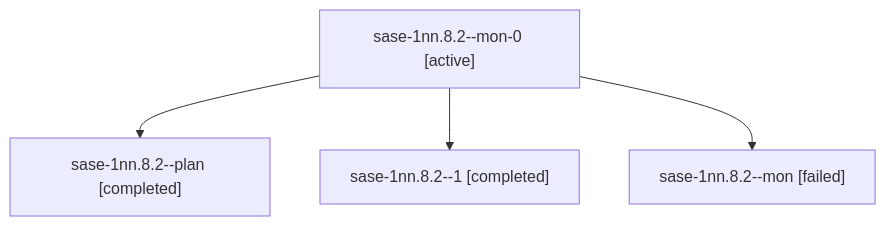
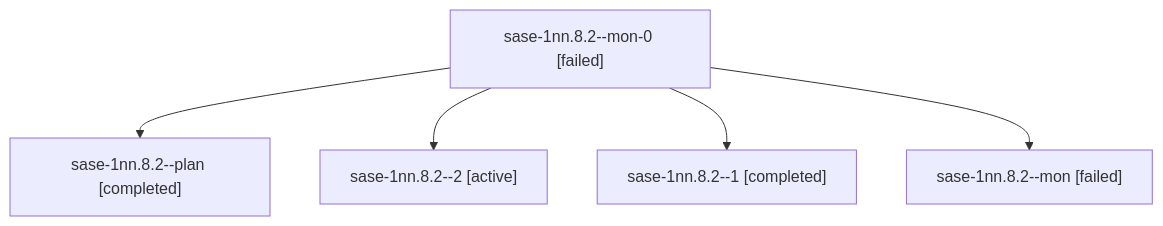
Before and after one commit to sase-org/sase--agents: the diagram in sessions/bbugyi200.athena.sase-1nn.8.2.md, drawn with Mermaid. The commit also changed other lines of this file and 66 other files, not shown here.

````diff
--- a/sessions/bbugyi200.athena.sase-1nn.8.2.md
+++ b/sessions/bbugyi200.athena.sase-1nn.8.2.md
@@ -9,10 +9,12 @@
 ```mermaid
 flowchart TD
-  n0["sase-1nn.8.2--mon-0 [active]"]
+  n0["sase-1nn.8.2--mon-0 [failed]"]
   n1["sase-1nn.8.2--plan [completed]"]
   n0 --> n1
-  n2["sase-1nn.8.2--1 [completed]"]
+  n2["sase-1nn.8.2--2 [active]"]
   n0 --> n2
-  n3["sase-1nn.8.2--mon [failed]"]
+  n3["sase-1nn.8.2--1 [completed]"]
   n0 --> n3
+  n4["sase-1nn.8.2--mon [failed]"]
+  n0 --> n4
 ```
````
